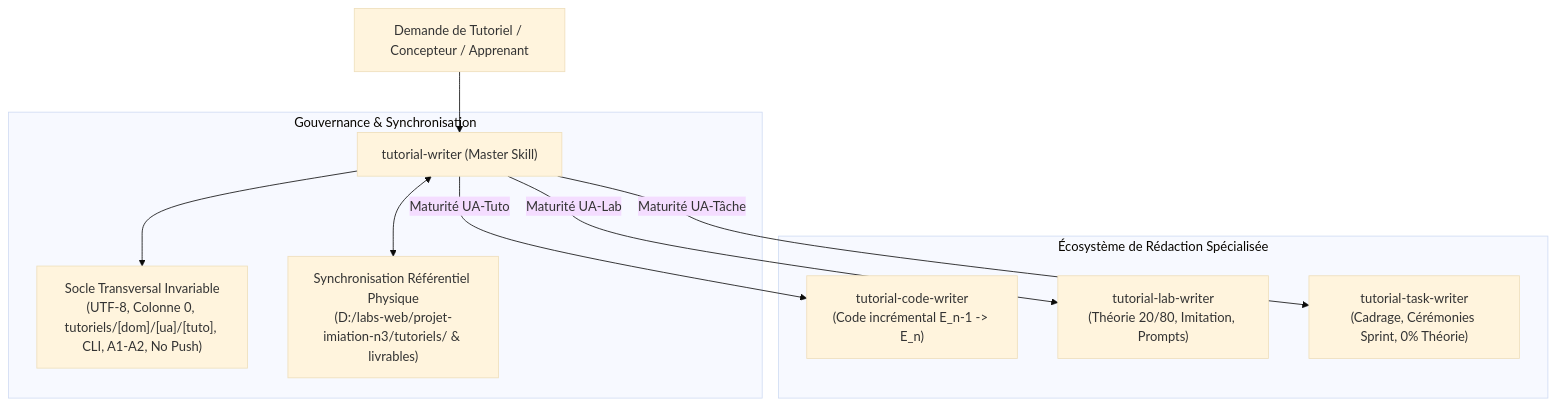
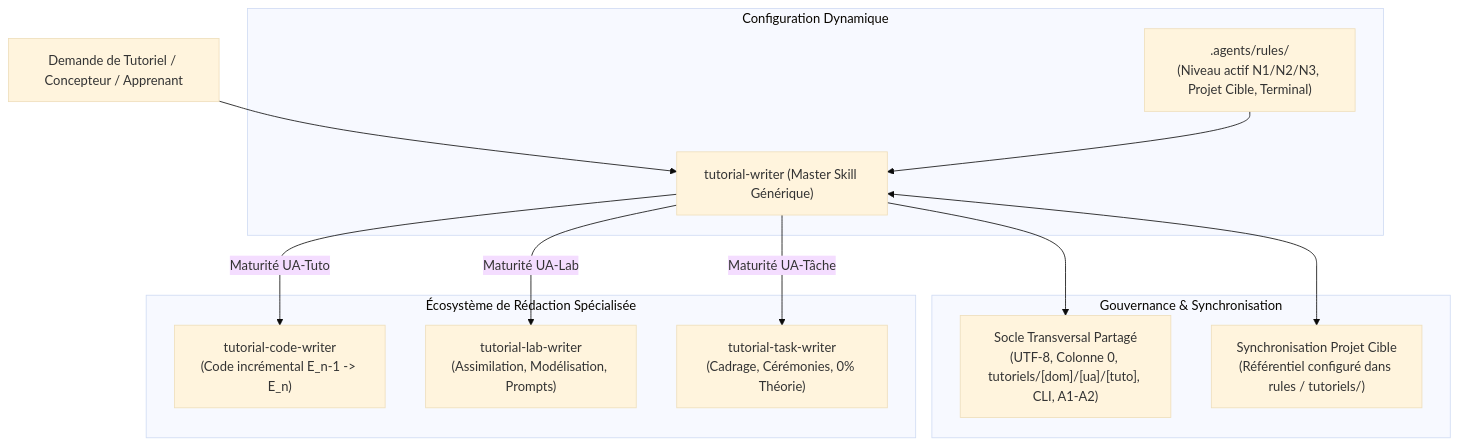
The first of 2 diagrams in .agents/skills/tutorial-writer/SKILL.md (solicode-web-mobile/autoformations-professionaliser), drawn with Mermaid (base theme) before and after one commit. The commit also changed other lines of this file and 10 other files, not shown here.

````diff
--- a/.agents/skills/tutorial-writer/SKILL.md
+++ b/.agents/skills/tutorial-writer/SKILL.md
@@ -22,15 +24,19 @@
 ```mermaid
 flowchart TD
-    User["Demande de Tutoriel / Concepteur / Apprenant"] --> Master["tutorial-writer (Master Skill)"]
+    User["Demande de Tutoriel / Concepteur / Apprenant"] --> Master["tutorial-writer (Master Skill Générique)"]
+    
+    subgraph Configuration Dynamique
+        Rules[".agents/rules/<br/>(Niveau actif N1/N2/N3, Projet Cible, Terminal)"] --> Master
+    end
     
     subgraph Gouvernance & Synchronisation
-        Master --> Rules["Socle Transversal Invariable<br/>(UTF-8, Colonne 0, tutoriels/[dom]/[ua]/[tuto], CLI, A1-A2, No Push)"]
-        Master <--> Sync["Synchronisation Référentiel Physique<br/>(D:/labs-web/projet-imiation-n3/tutoriels/ & livrables)"]
+        Master --> SharedRules["Socle Transversal Partagé<br/>(UTF-8, Colonne 0, tutoriels/[dom]/[ua]/[tuto], CLI, A1-A2)"]
+        Master <--> Sync["Synchronisation Projet Cible<br/>(Référentiel configuré dans rules / tutoriels/)"]
     end
     
     subgraph Écosystème de Rédaction Spécialisée
         Master -->|Maturité UA-Tuto| CodeWriter["tutorial-code-writer<br/>(Code incrémental E_n-1 -> E_n)"]
-        Master -->|Maturité UA-Lab| LabWriter["tutorial-lab-writer<br/>(Théorie 20/80, Imitation, Prompts)"]
-        Master -->|Maturité UA-Tâche| TaskWriter["tutorial-task-writer<br/>(Cadrage, Cérémonies Sprint, 0% Théorie)"]
+        Master -->|Maturité UA-Lab| LabWriter["tutorial-lab-writer<br/>(Assimilation, Modélisation, Prompts)"]
+        Master -->|Maturité UA-Tâche| TaskWriter["tutorial-task-writer<br/>(Cadrage, Cérémonies, 0% Théorie)"]
     end
 ```
````
